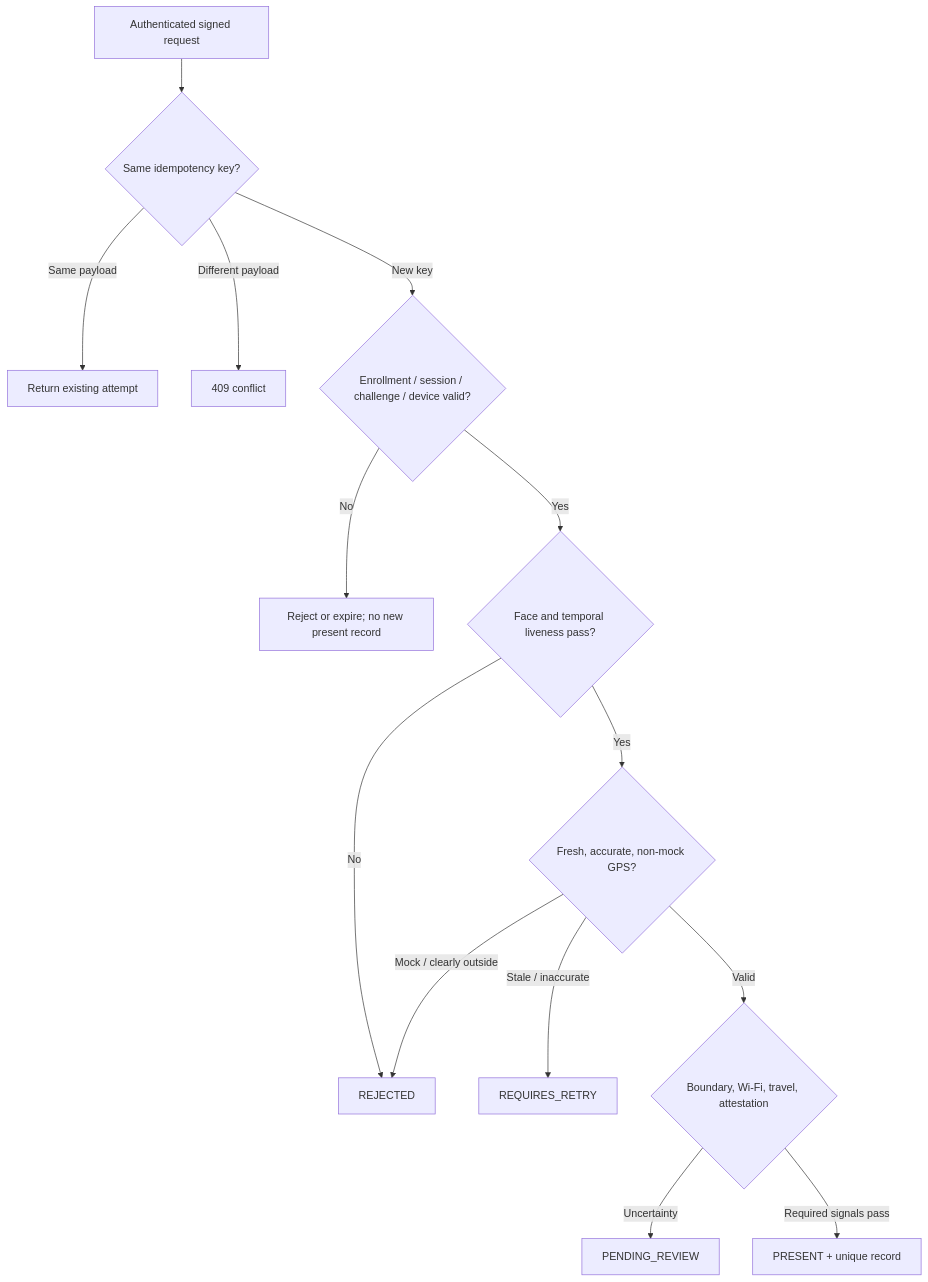
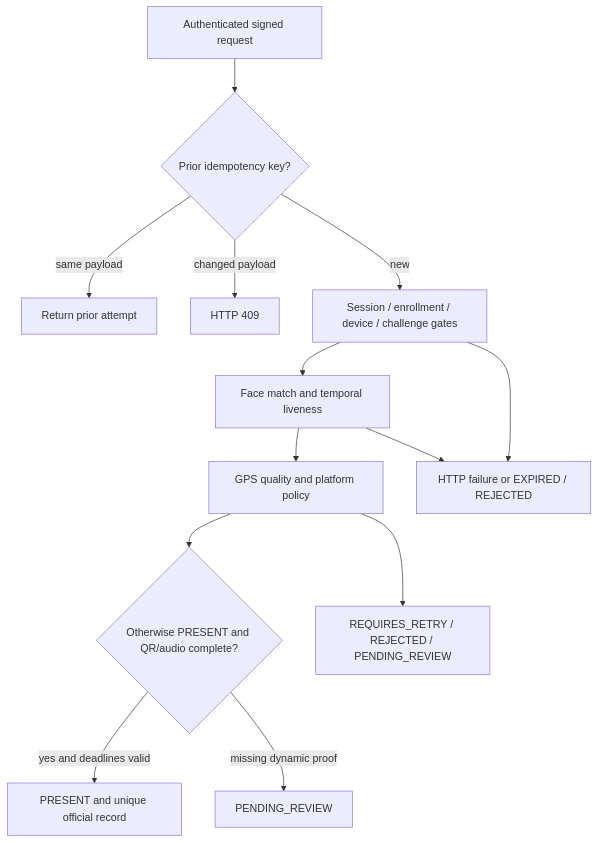
The third of 3 diagrams in docs/SYSTEM_ARCHITECTURE.md (Anishpantham/Secure-Presence-Verification-System-SVPS---Attendance-Software), drawn with Mermaid before and after one commit. The commit also changed other lines of this file and 57 other files, not shown here.

````diff
--- a/docs/SYSTEM_ARCHITECTURE.md
+++ b/docs/SYSTEM_ARCHITECTURE.md
@@ -66,16 +71,15 @@
 ```mermaid
 flowchart TD
-  Request[Authenticated signed request] --> Retry{Same idempotency key?}
-  Retry -->|Same payload| Existing[Return existing attempt]
-  Retry -->|Different payload| Conflict[409 conflict]
-  Retry -->|New key| Gates{Enrollment / session / challenge / device valid?}
-  Gates -->|No| Stop[Reject or expire; no new present record]
-  Gates -->|Yes| Face{Face and temporal liveness pass?}
-  Face -->|No| Reject[REJECTED]
-  Face -->|Yes| Location{Fresh, accurate, non-mock GPS?}
-  Location -->|Stale / inaccurate| Again[REQUIRES_RETRY]
-  Location -->|Mock / clearly outside| Reject
-  Location -->|Valid| Signals{Boundary, Wi-Fi, travel, attestation}
-  Signals -->|Uncertainty| Review[PENDING_REVIEW]
-  Signals -->|Required signals pass| Present[PRESENT + unique record]
+  R[Authenticated signed request] --> H{Prior idempotency key?}
+  H -->|same payload| Old[Return prior attempt]
+  H -->|changed payload| C[HTTP 409]
+  H -->|new| G[Session / enrollment / device / challenge gates]
+  G --> I[Face match and temporal liveness]
+  I --> P[GPS quality and platform policy]
+  P --> Q{Otherwise PRESENT and QR/audio complete?}
+  Q -->|yes and deadlines valid| V[PRESENT and unique official record]
+  Q -->|missing dynamic proof| Rev[PENDING_REVIEW]
+  G --> Err[HTTP failure or EXPIRED / REJECTED]
+  I --> Err
+  P --> Other[REQUIRES_RETRY / REJECTED / PENDING_REVIEW]
 ```
````
